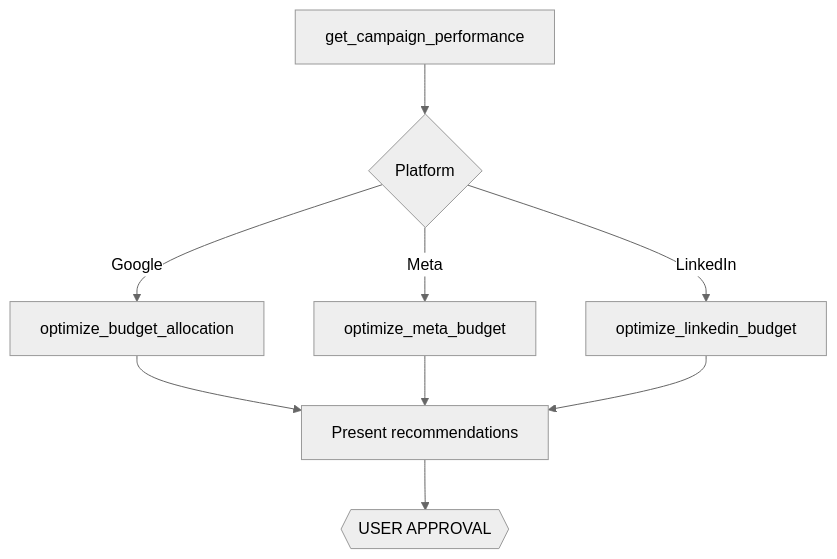
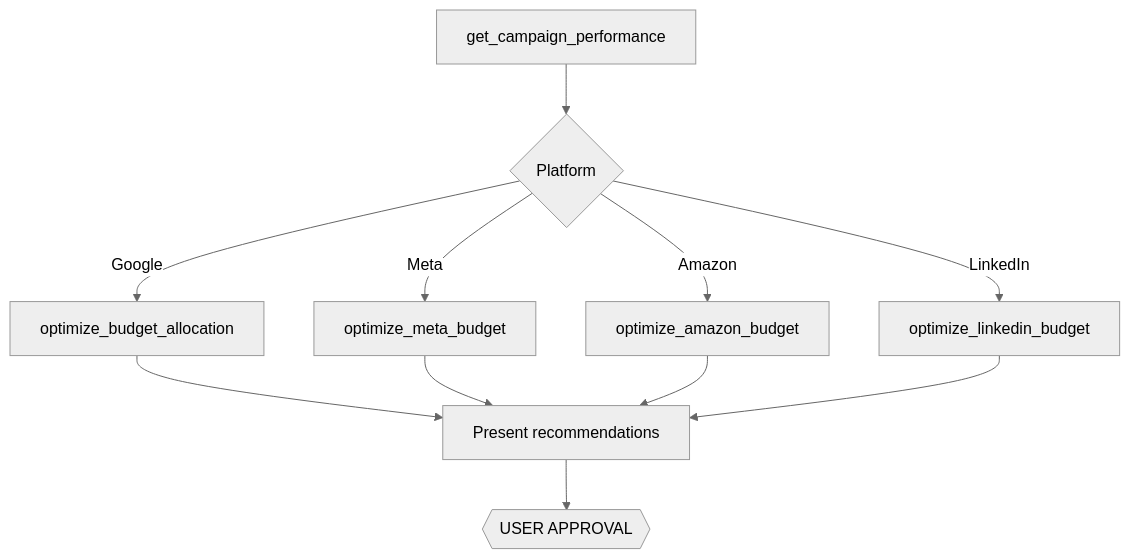
Diagram 12 of 14 in agent-skills/workflows.mdx (Adspirer/docs), drawn with Mermaid (neutral theme) before and after one commit. The commit also changed other lines of this file and 44 other files, not shown here.

````diff
--- a/agent-skills/workflows.mdx
+++ b/agent-skills/workflows.mdx
@@ -356,11 +502,13 @@
 ```mermaid
 flowchart TD
     A[get_campaign_performance] --> B{Platform}
     B -->|Google| C[optimize_budget_allocation]
     B -->|Meta| D[optimize_meta_budget]
-    B -->|LinkedIn| E[optimize_linkedin_budget]
-    C --> F[Present recommendations]
-    D --> F
-    E --> F
-    F --> G{{USER APPROVAL}}
+    B -->|Amazon| E[optimize_amazon_budget]
+    B -->|LinkedIn| F[optimize_linkedin_budget]
+    C --> G[Present recommendations]
+    D --> G
+    E --> G
+    F --> G
+    G --> H{{USER APPROVAL}}
 ```
````
